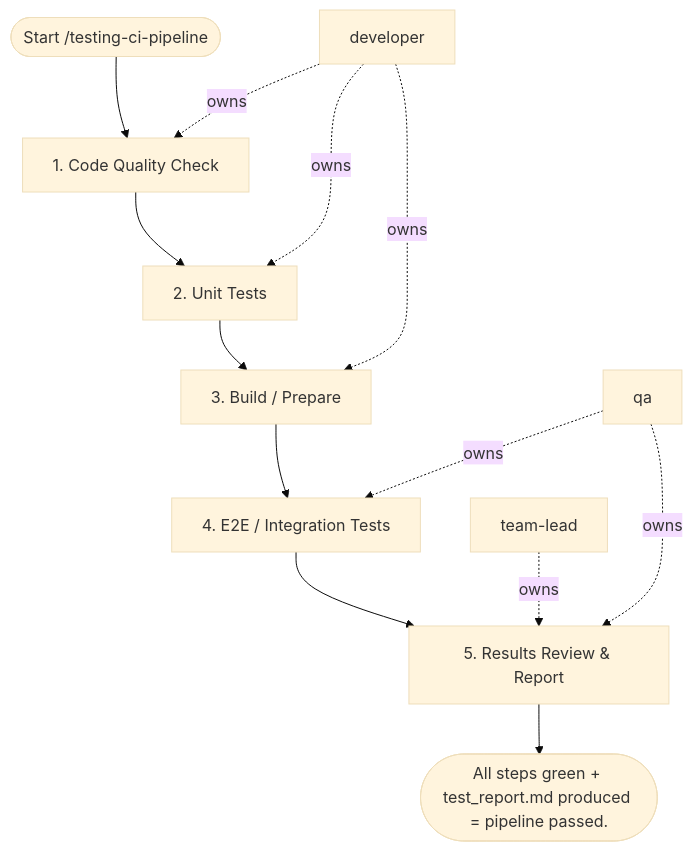
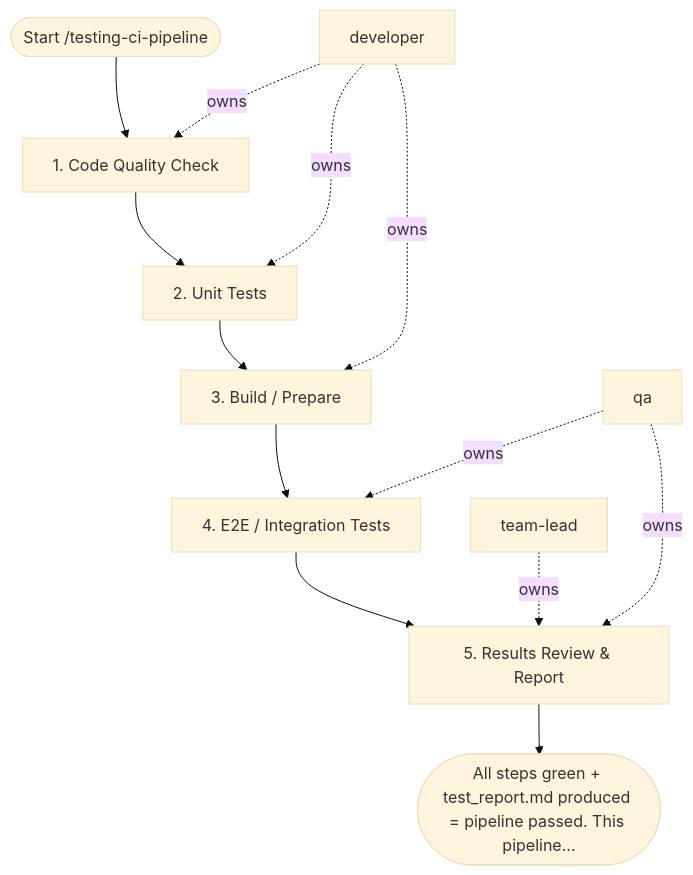
Before and after one commit to sawrus/agent-guides: the diagram in areas/software/full-stack/workflows/testing-ci-pipeline.md, drawn with Mermaid (base theme). The commit also changed other lines of this file and 88 other files, not shown here.

````diff
--- a/areas/software/full-stack/workflows/testing-ci-pipeline.md
+++ b/areas/software/full-stack/workflows/testing-ci-pipeline.md
@@ -67,25 +67,25 @@
 ```mermaid
 flowchart TD
   start(["Start /testing-ci-pipeline"])
   role_1["developer"]
   role_2["qa"]
   role_3["team-lead"]
   step_1["1. Code Quality Check"]
   step_2["2. Unit Tests"]
   step_3["3. Build / Prepare"]
   step_4["4. E2E / Integration Tests"]
   step_5["5. Results Review & Report"]
-  exit(["All steps green + test_report.md produced = pipeline passed."])
+  exit(["All steps green + test_report.md produced = pipeline passed. This pipeline..."])
   start --> step_1
   step_1 --> step_2
   step_2 --> step_3
   step_3 --> step_4
   step_4 --> step_5
   step_5 --> exit
   role_1 -. owns .-> step_1
   role_1 -. owns .-> step_2
   role_1 -. owns .-> step_3
   role_2 -. owns .-> step_4
   role_3 -. owns .-> step_5
   role_2 -. owns .-> step_5
 ```
````
